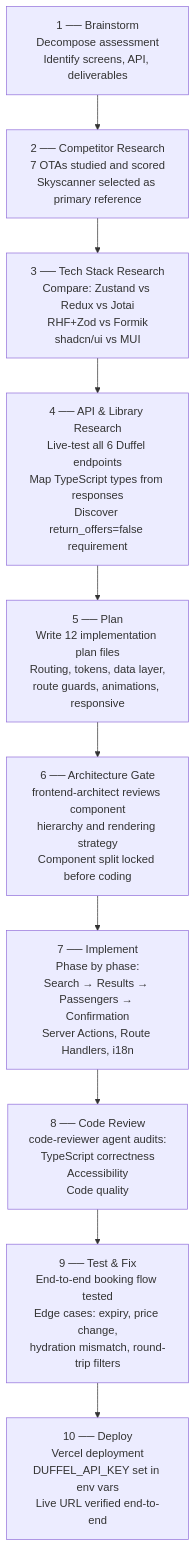
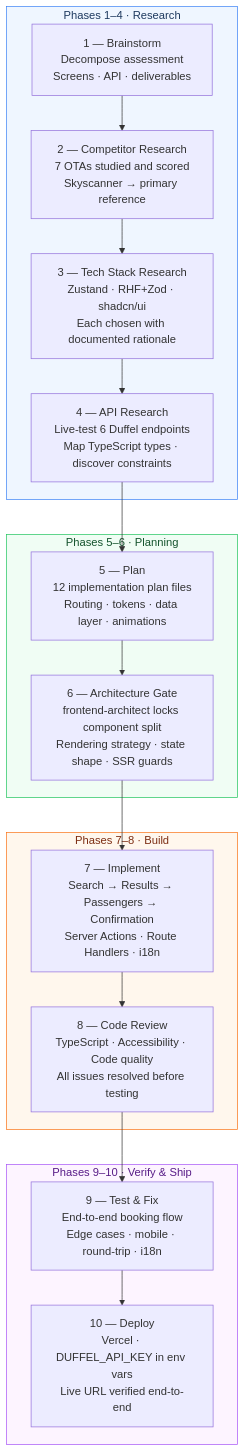
The diagram in docs/workflow.md (trimeo806/frontend-assessment), drawn with Mermaid before and after one commit. The commit also changed other lines of this file and 5 other files, not shown here.

````diff
--- a/docs/workflow.md
+++ b/docs/workflow.md
@@ -9,15 +9,31 @@
 ```mermaid
 flowchart TD
-    A["1 ── Brainstorm\nDecompose assessment\nIdentify screens, API, deliverables"]
-    B["2 ── Competitor Research\n7 OTAs studied and scored\nSkyscanner selected as primary reference"]
-    C["3 ── Tech Stack Research\nCompare: Zustand vs Redux vs Jotai\nRHF+Zod vs Formik\nshadcn/ui vs MUI"]
-    D["4 ── API & Library Research\nLive-test all 6 Duffel endpoints\nMap TypeScript types from responses\nDiscover return_offers=false requirement"]
-    E["5 ── Plan\nWrite 12 implementation plan files\nRouting, tokens, data layer,\nroute guards, animations, responsive"]
-    F["6 ── Architecture Gate\nfrontend-architect reviews component\nhierarchy and rendering strategy\nComponent split locked before coding"]
-    G["7 ── Implement\nPhase by phase:\nSearch → Results → Passengers → Confirmation\nServer Actions, Route Handlers, i18n"]
-    H["8 ── Code Review\ncode-reviewer agent audits:\nTypeScript correctness\nAccessibility\nCode quality"]
-    I["9 ── Test & Fix\nEnd-to-end booking flow tested\nEdge cases: expiry, price change,\nhydration mismatch, round-trip filters"]
-    J["10 ── Deploy\nVercel deployment\nDUFFEL_API_KEY set in env vars\nLive URL verified end-to-end"]
+    subgraph RESEARCH["Phases 1–4 · Research"]
+        A["1 — Brainstorm\nDecompose assessment\nScreens · API · deliverables"]
+        B["2 — Competitor Research\n7 OTAs studied and scored\nSkyscanner → primary reference"]
+        C["3 — Tech Stack Research\nZustand · RHF+Zod · shadcn/ui\nEach chosen with documented rationale"]
+        D["4 — API Research\nLive-test 6 Duffel endpoints\nMap TypeScript types · discover constraints"]
+    end
+
+    subgraph PLANNING["Phases 5–6 · Planning"]
+        E["5 — Plan\n12 implementation plan files\nRouting · tokens · data layer · animations"]
+        F["6 — Architecture Gate\nfrontend-architect locks component split\nRendering strategy · state shape · SSR guards"]
+    end
+
+    subgraph BUILD["Phases 7–8 · Build"]
+        G["7 — Implement\nSearch → Results → Passengers → Confirmation\nServer Actions · Route Handlers · i18n"]
+        H["8 — Code Review\nTypeScript · Accessibility · Code quality\nAll issues resolved before testing"]
+    end
+
+    subgraph VERIFY["Phases 9–10 · Verify & Ship"]
+        I["9 — Test & Fix\nEnd-to-end booking flow\nEdge cases · mobile · round-trip · i18n"]
+        J["10 — Deploy\nVercel · DUFFEL_API_KEY in env vars\nLive URL verified end-to-end"]
+    end
 
     A --> B --> C --> D --> E --> F --> G --> H --> I --> J
+
+    style RESEARCH fill:#EFF6FF,stroke:#3B82F6,color:#1E3A5F
+    style PLANNING fill:#F0FDF4,stroke:#22C55E,color:#14532D
+    style BUILD   fill:#FFF7ED,stroke:#F97316,color:#7C2D12
+    style VERIFY  fill:#FDF4FF,stroke:#A855F7,color:#581C87
 ```
````
